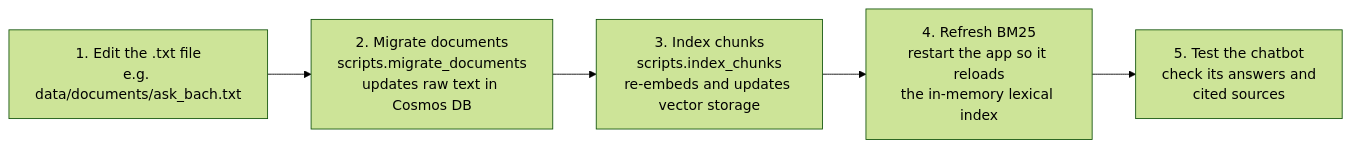
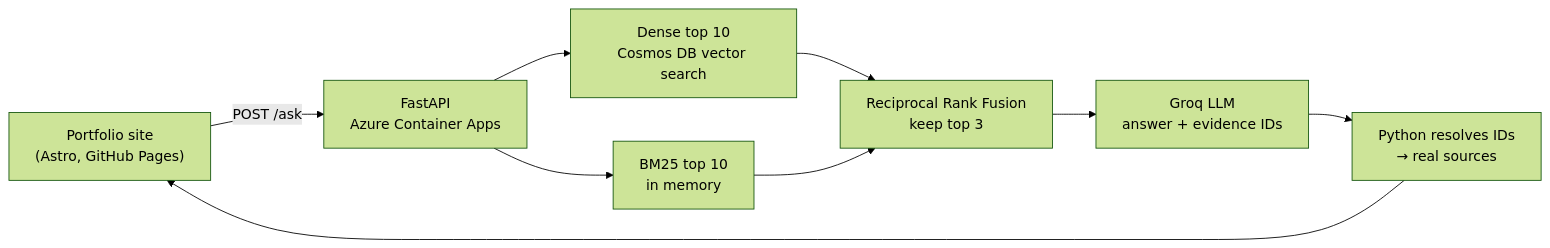
One commit to bachnguyennn/AskBachBot changed the diagram in README.md. Above: the diagram before and after it, drawn with Mermaid (forest theme). The commit also changed other lines of this file and 2 other files, not shown here.

````diff
--- a/README.md
+++ b/README.md
@@ -436,7 +36,11 @@
 ```mermaid
 flowchart LR
-    A["1. Edit the .txt file<br/>e.g. data/documents/ask_bach.txt"] --> B["2. Migrate documents<br/>scripts.migrate_documents<br/>updates raw text in Cosmos DB"]
-    B --> C["3. Index chunks<br/>scripts.index_chunks<br/>re-embeds and updates vector storage"]
-    C --> D["4. Refresh BM25<br/>restart the app so it reloads<br/>the in-memory lexical index"]
-    D --> E["5. Test the chatbot<br/>check its answers and<br/>cited sources"]
+    U["Portfolio site<br/>(Astro, GitHub Pages)"] -->|POST /ask| API["FastAPI<br/>Azure Container Apps"]
+    API --> D["Dense top 10<br/>Cosmos DB vector search"]
+    API --> B["BM25 top 10<br/>in memory"]
+    D --> F["Reciprocal Rank Fusion<br/>keep top 3"]
+    B --> F
+    F --> L["Groq LLM<br/>answer + evidence IDs"]
+    L --> R["Python resolves IDs<br/>→ real sources"]
+    R --> U
 ```
````
